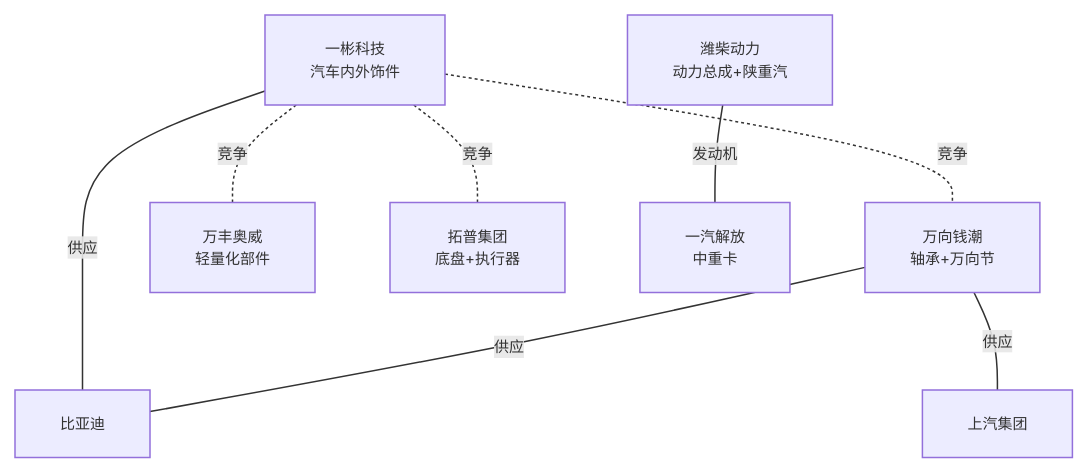
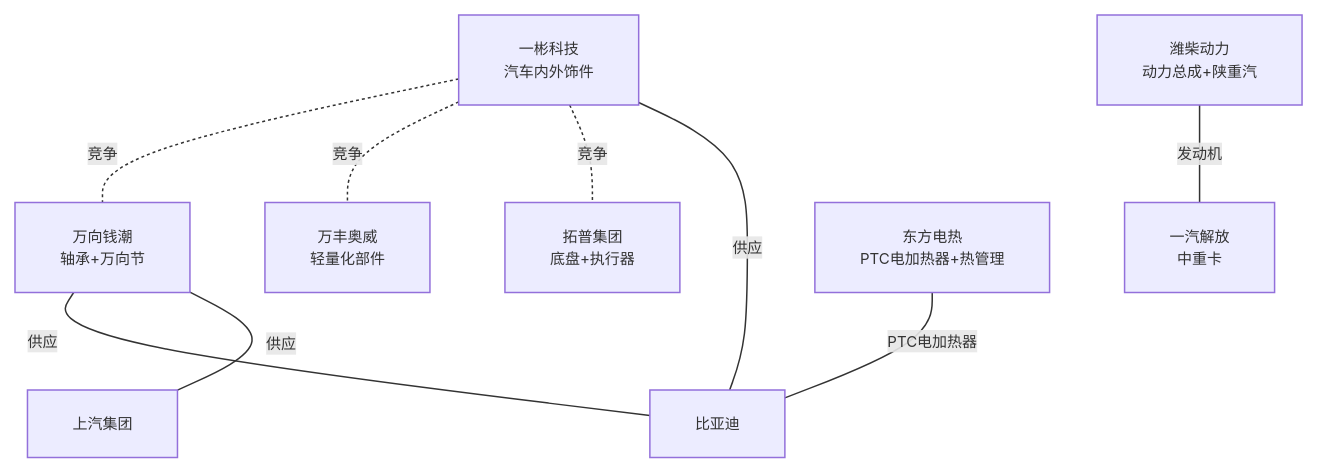
One commit to zhangbo1882/open-industry changed the ninth of 23 diagrams in industry/wiki/syntheses/公司关联图谱.md. Above: the diagram before and after it, drawn with Mermaid. The commit also changed other lines of this file and 7 other files, not shown here.

````diff
--- a/industry/wiki/syntheses/公司关联图谱.md
+++ b/industry/wiki/syntheses/公司关联图谱.md
@@ -854,23 +857,25 @@
 ```mermaid
 %%{init: {'themeVariables': {'fontSize': '10px'}}}%%
 graph TB
     一彬科技[一彬科技<br/>汽车内外饰件]
     万向钱潮[万向钱潮<br/>轴承+万向节]
     万丰奥威[万丰奥威<br/>轻量化部件]
     拓普集团[拓普集团<br/>底盘+执行器]
     一汽解放[一汽解放<br/>中重卡]
     潍柴动力[潍柴动力<br/>动力总成+陕重汽]
     比亚迪[比亚迪]
+    东方电热[东方电热<br/>PTC电加热器+热管理]
     上汽[上汽集团]
 
     一彬科技 -.-|竞争| 万向钱潮
     一彬科技 -.-|竞争| 万丰奥威
     一彬科技 -.-|竞争| 拓普集团
     一彬科技 ---|供应| 比亚迪
     万向钱潮 ---|供应| 比亚迪
     万向钱潮 ---|供应| 上汽
     潍柴动力 ---|发动机| 一汽解放
+    东方电热 ---|PTC电加热器| 比亚迪
 
     classDef business fill:#4dabf7,color:#fff,stroke:#1971c2
     classDef competition fill:#ffd43b,color:#333,stroke:#fab005
 ```
````
